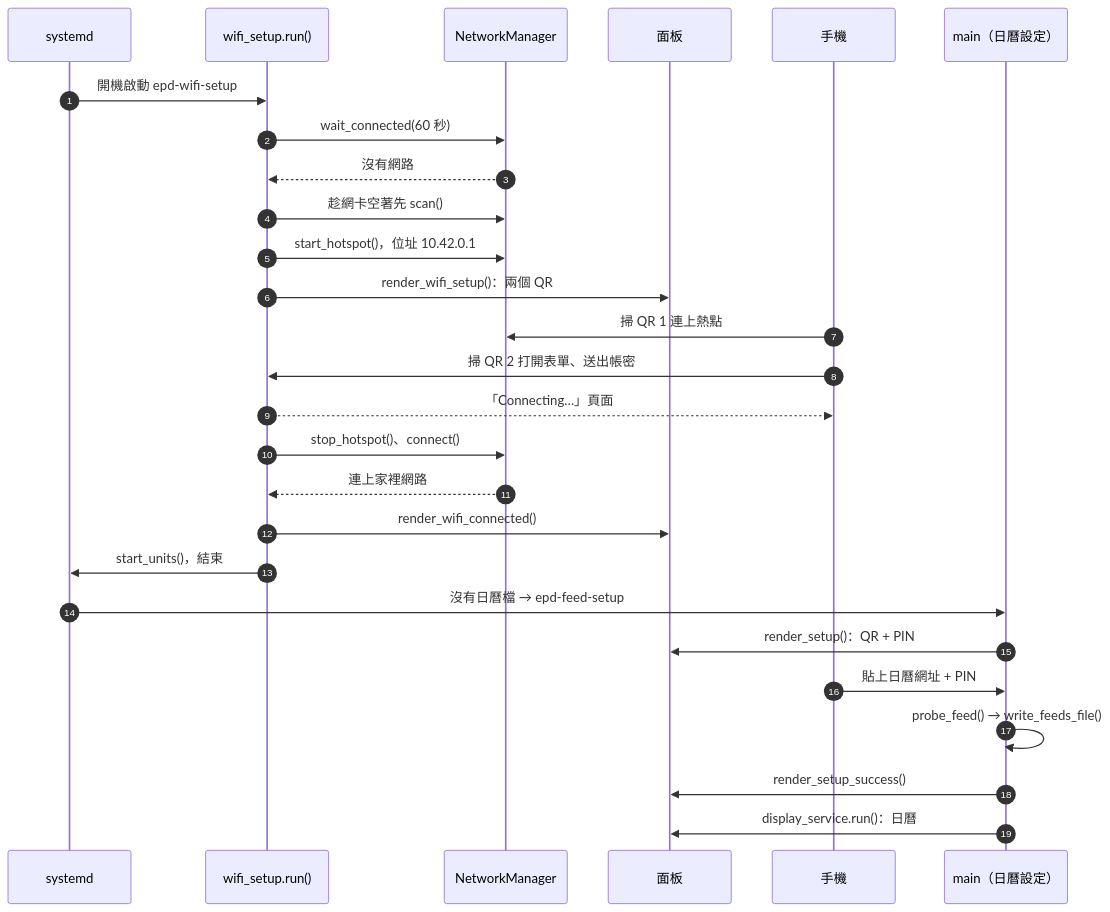
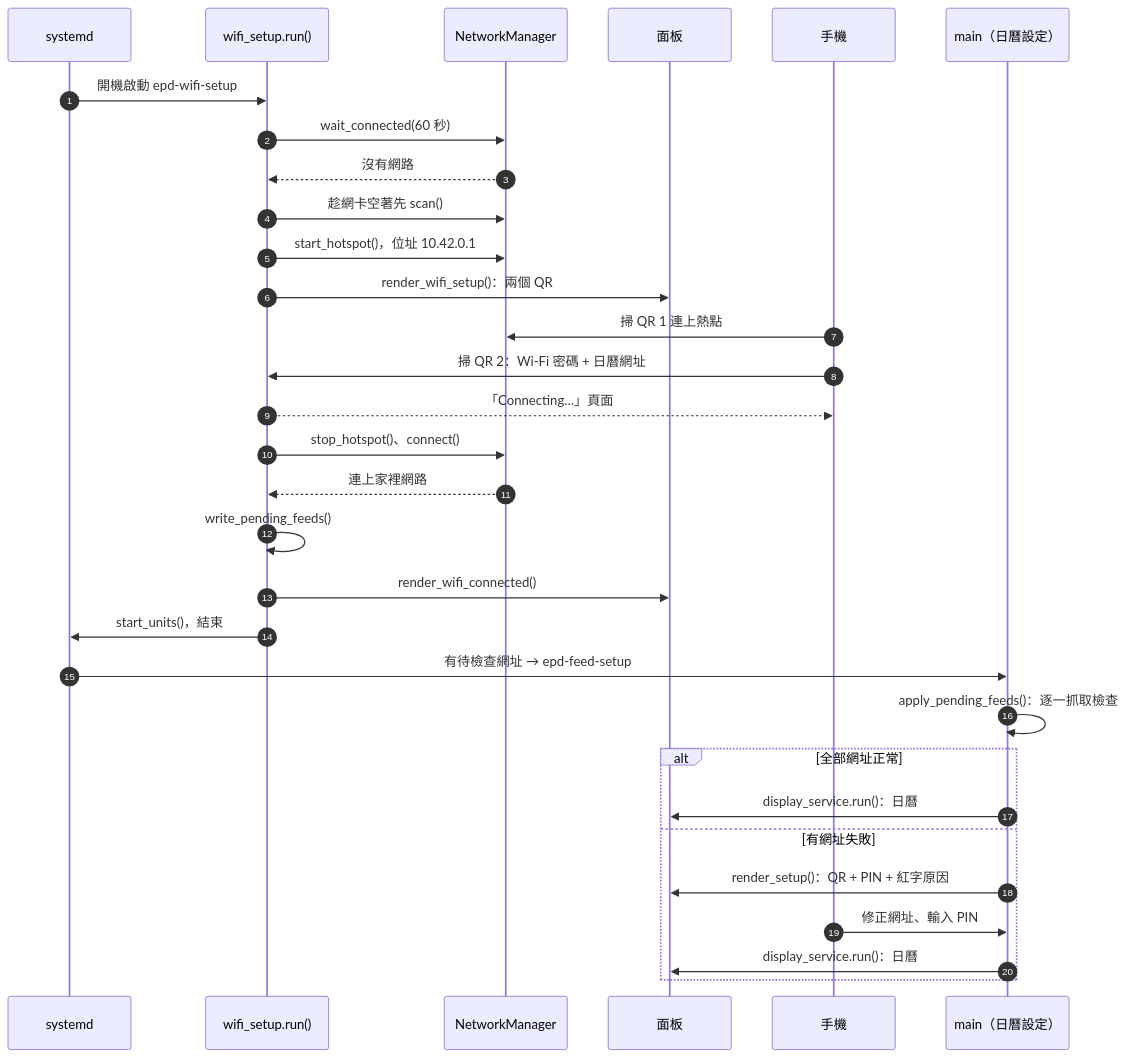
Before and after one commit to ShengKai234/google-calendar-api: the fourth of 6 diagrams in docs/ARCHITECTURE.zh-TW.md, drawn with Mermaid. The commit also changed other lines of this file and 5 other files, not shown here.

````diff
--- a/docs/ARCHITECTURE.zh-TW.md
+++ b/docs/ARCHITECTURE.zh-TW.md
@@ -139,29 +144,33 @@
 ```mermaid
 sequenceDiagram
   autonumber
   participant SD as systemd
   participant W as wifi_setup.run()
   participant NM as NetworkManager
   participant P as 面板
   participant PH as 手機
   participant M as main（日曆設定）
   SD->>W: 開機啟動 epd-wifi-setup
   W->>NM: wait_connected(60 秒)
   NM-->>W: 沒有網路
   W->>NM: 趁網卡空著先 scan()
   W->>NM: start_hotspot()，位址 10.42.0.1
   W->>P: render_wifi_setup()：兩個 QR
   PH->>NM: 掃 QR 1 連上熱點
-  PH->>W: 掃 QR 2 打開表單、送出帳密
+  PH->>W: 掃 QR 2：Wi-Fi 密碼 + 日曆網址
   W-->>PH: 「Connecting…」頁面
   W->>NM: stop_hotspot()、connect()
   NM-->>W: 連上家裡網路
+  W->>W: write_pending_feeds()
   W->>P: render_wifi_connected()
   W->>SD: start_units()，結束
-  SD->>M: 沒有日曆檔 → epd-feed-setup
-  M->>P: render_setup()：QR + PIN
-  PH->>M: 貼上日曆網址 + PIN
-  M->>M: probe_feed() → write_feeds_file()
-  M->>P: render_setup_success()
-  M->>P: display_service.run()：日曆
+  SD->>M: 有待檢查網址 → epd-feed-setup
+  M->>M: apply_pending_feeds()：逐一抓取檢查
+  alt 全部網址正常
+    M->>P: display_service.run()：日曆
+  else 有網址失敗
+    M->>P: render_setup()：QR + PIN + 紅字原因
+    PH->>M: 修正網址、輸入 PIN
+    M->>P: display_service.run()：日曆
+  end
 ```
````
